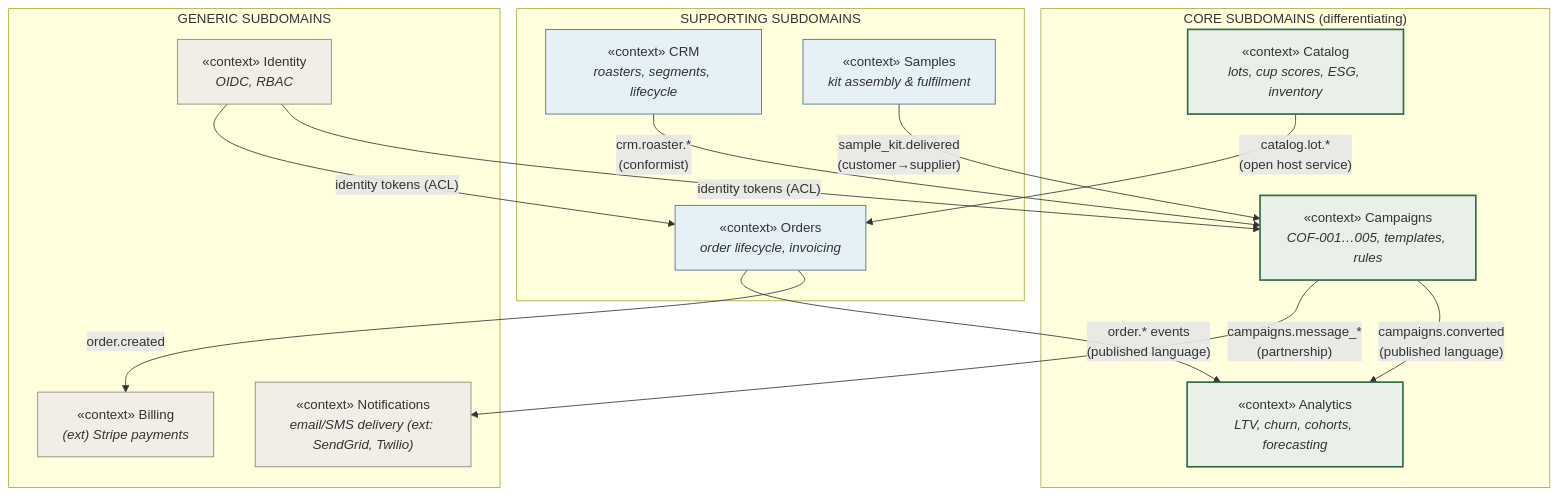
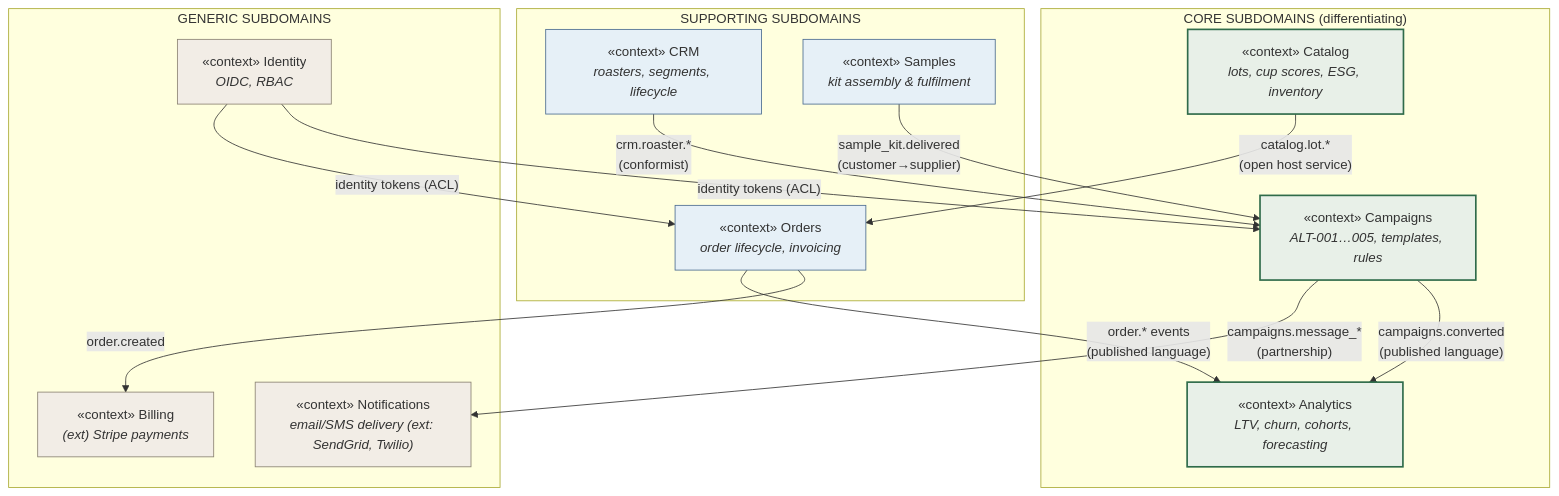
One commit to marcusdax/greensheet changed the second of 8 diagrams in engineering/01-domain-model-event-storming.md. Above: the diagram before and after it, drawn with Mermaid. The commit also changed other lines of this file and 129 other files, not shown here.

````diff
--- a/engineering/01-domain-model-event-storming.md
+++ b/engineering/01-domain-model-event-storming.md
@@ -80,37 +80,37 @@
 ```mermaid
 flowchart TB
     subgraph Core["CORE SUBDOMAINS (differentiating)"]
         CAT["«context» Catalog<br/><i>lots, cup scores, ESG, inventory</i>"]
-        CMP["«context» Campaigns<br/><i>COF-001…005, templates, rules</i>"]
+        CMP["«context» Campaigns<br/><i>ALT-001…005, templates, rules</i>"]
         ANL["«context» Analytics<br/><i>LTV, churn, cohorts, forecasting</i>"]
     end
 
     subgraph Supporting["SUPPORTING SUBDOMAINS"]
         CRM["«context» CRM<br/><i>roasters, segments, lifecycle</i>"]
         SMP["«context» Samples<br/><i>kit assembly & fulfilment</i>"]
         ORD["«context» Orders<br/><i>order lifecycle, invoicing</i>"]
     end
 
     subgraph Generic["GENERIC SUBDOMAINS"]
         IDN["«context» Identity<br/><i>OIDC, RBAC</i>"]
         NTN["«context» Notifications<br/><i>email/SMS delivery (ext: SendGrid, Twilio)</i>"]
         BIL["«context» Billing<br/><i>(ext) Stripe payments</i>"]
     end
 
     SMP -- "sample_kit.delivered<br/>(customer→supplier)" --> CMP
     CMP -- "campaigns.message_*<br/>(partnership)" --> NTN
     CMP -- "campaigns.converted<br/>(published language)" --> ANL
     ORD -- "order.* events<br/>(published language)" --> ANL
     CAT -- "catalog.lot.*<br/>(open host service)" --> ORD
     CRM -- "crm.roaster.*<br/>(conformist)" --> CMP
     ORD -- "order.created" --> BIL
     IDN -- "identity tokens (ACL)" --> ORD
     IDN -- "identity tokens (ACL)" --> CMP
 
     classDef core fill:#e8f0e8,stroke:#2f6b4a,stroke-width:2px
     classDef sup fill:#e6f0f7,stroke:#4a6b8f
     classDef gen fill:#f2ede6,stroke:#8a8272
     class CAT,CMP,ANL core
     class CRM,SMP,ORD sup
     class IDN,NTN,BIL gen
 ```
````
